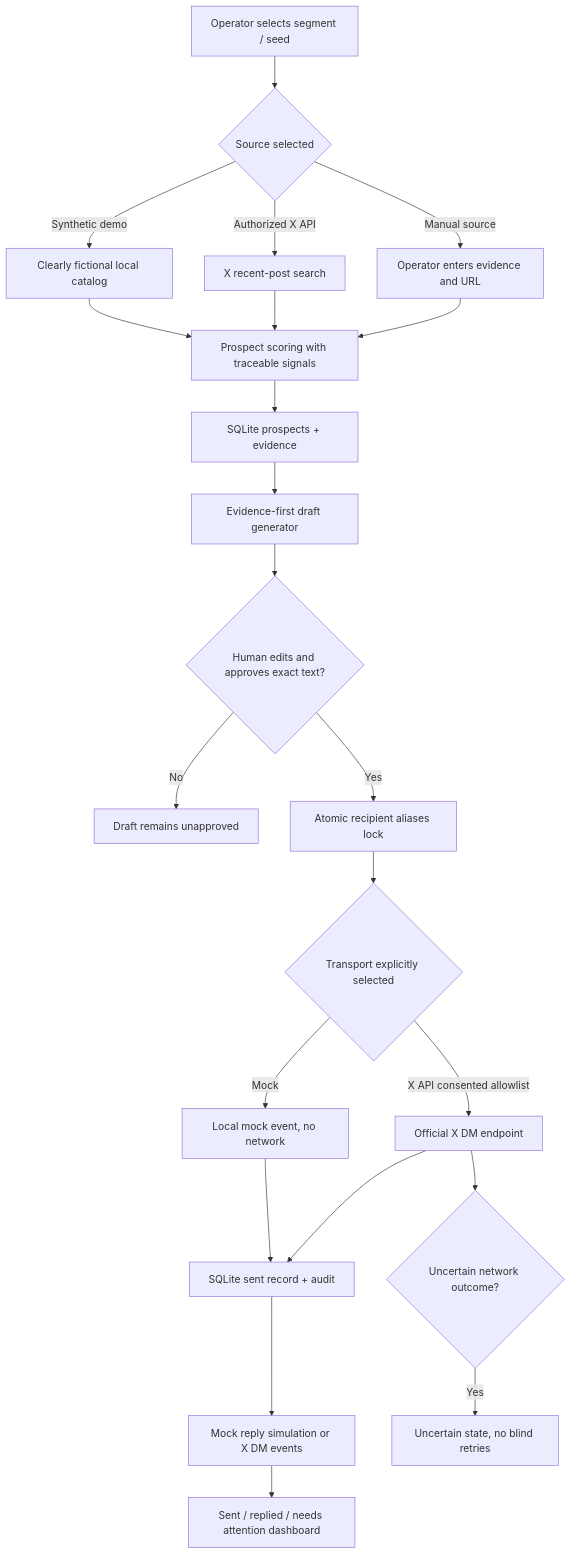
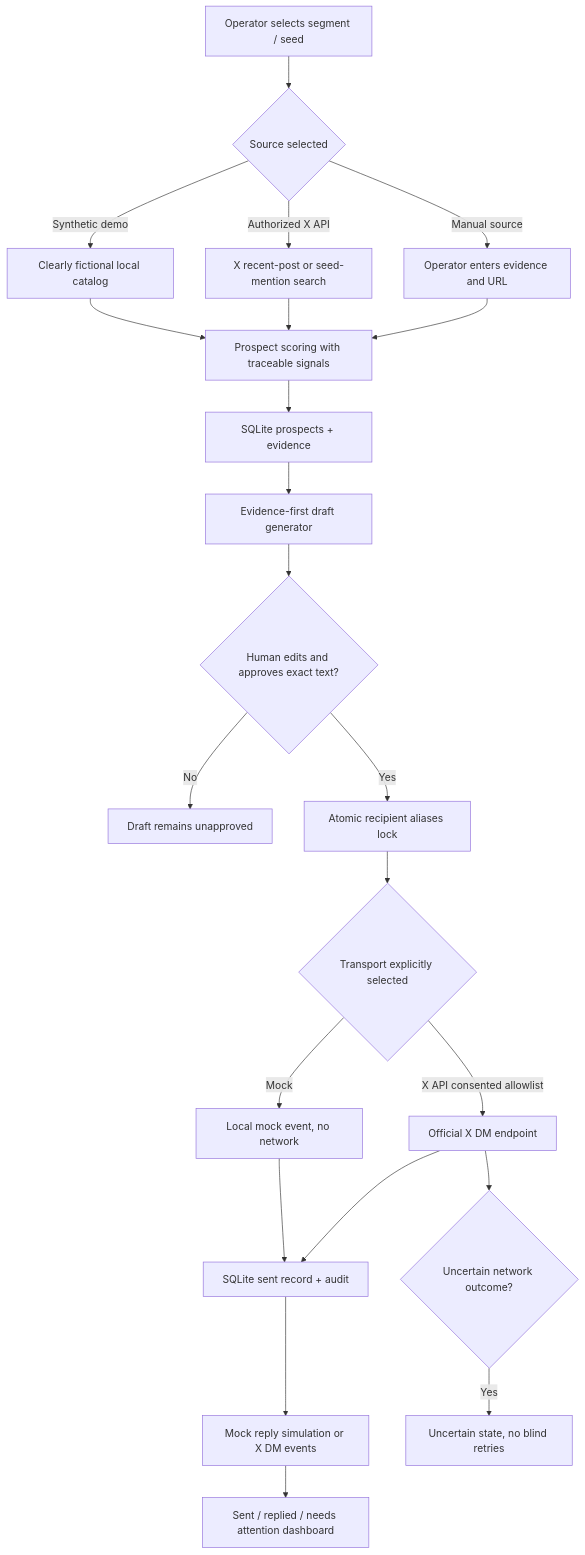
Before and after one commit to NTA1210/SignalBridge: the diagram in docs/ARCHITECTURE.md, drawn with Mermaid. The commit also changed other lines of this file and 5 other files, not shown here.

````diff
--- a/docs/ARCHITECTURE.md
+++ b/docs/ARCHITECTURE.md
@@ -5,24 +5,24 @@
 ```mermaid
 flowchart TD
   A[Operator selects segment / seed] --> B{Source selected}
   B -->|Synthetic demo| C[Clearly fictional local catalog]
-  B -->|Authorized X API| D[X recent-post search]
+  B -->|Authorized X API| D[X recent-post or seed-mention search]
   B -->|Manual source| E[Operator enters evidence and URL]
   C --> F[Prospect scoring with traceable signals]
   D --> F
   E --> F
   F --> G[SQLite prospects + evidence]
   G --> H[Evidence-first draft generator]
   H --> I{Human edits and approves exact text?}
   I -->|No| J[Draft remains unapproved]
   I -->|Yes| K[Atomic recipient aliases lock]
   K --> L{Transport explicitly selected}
   L -->|Mock| M[Local mock event, no network]
   L -->|X API consented allowlist| N[Official X DM endpoint]
   M --> O[SQLite sent record + audit]
   N --> O
   N --> P{Uncertain network outcome?}
   P -->|Yes| Q[Uncertain state, no blind retries]
   O --> R[Mock reply simulation or X DM events]
   R --> S[Sent / replied / needs attention dashboard]
 ```
````
